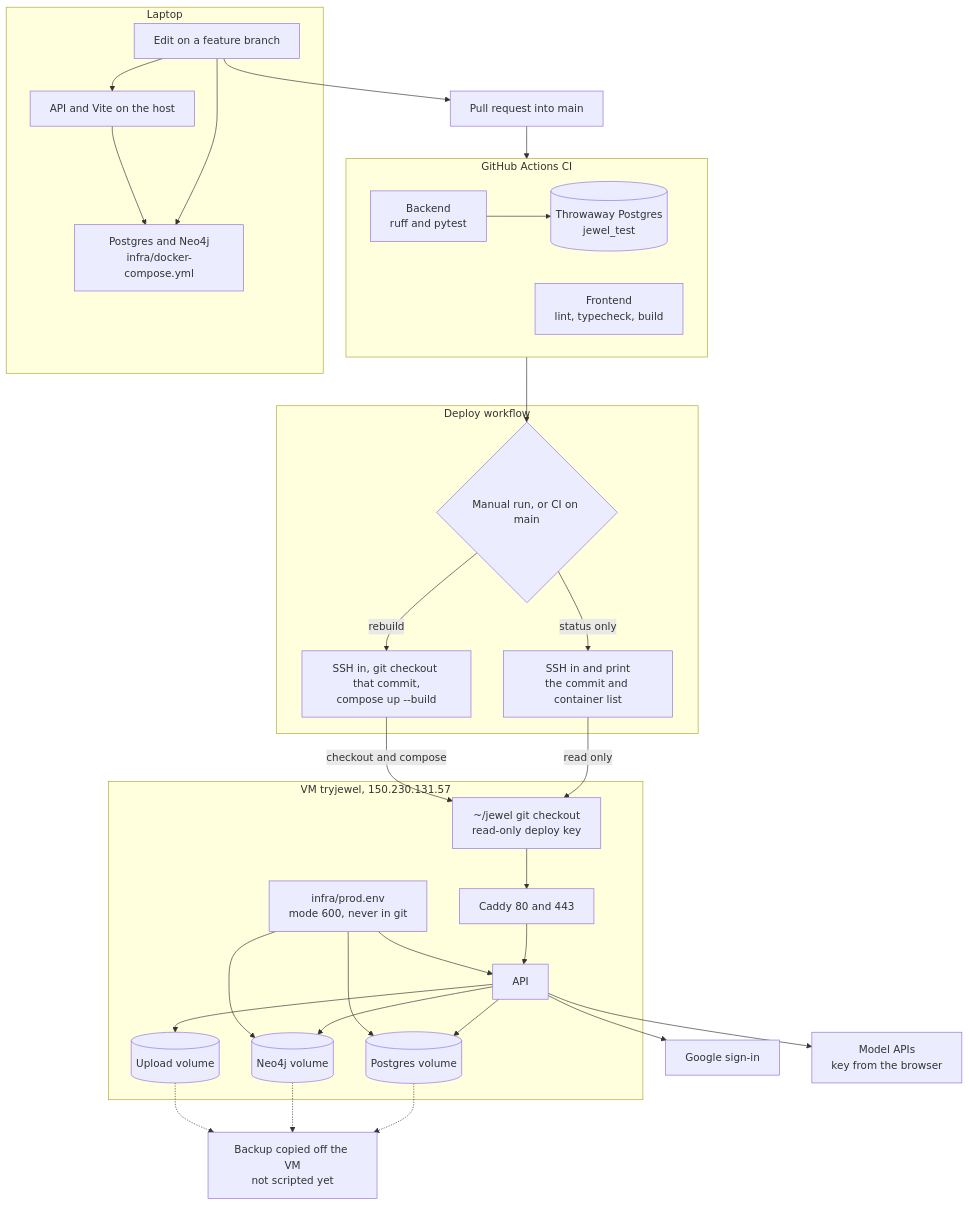
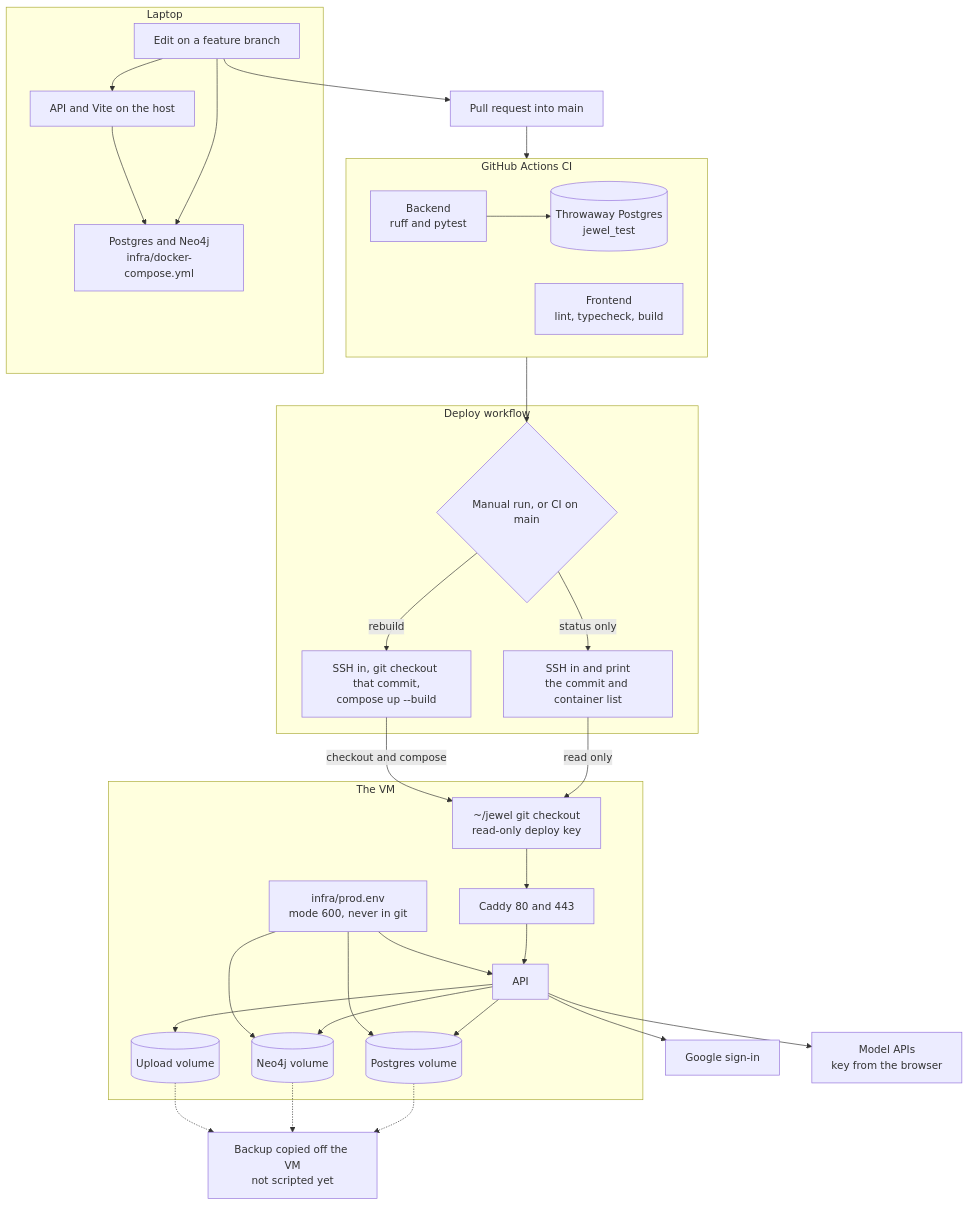
One commit to chikku1234568/jewel changed the diagram in docs/diagrams/07-dev-and-production.mmd. Above: the diagram before and after it, drawn with Mermaid. The commit also changed 11 other files, not shown here.

```diff
--- a/docs/diagrams/07-dev-and-production.mmd
+++ b/docs/diagrams/07-dev-and-production.mmd
@@ -1,63 +1,63 @@
 %% name: 07-dev-and-production
 %% keep: hand
 %% Laptop, CI, and the VM. A green push to main deploys when JEWEL_AUTO_DEPLOY is true.
 flowchart TB
     subgraph laptop [Laptop]
         edit[Edit on a feature branch]
         devdb[Postgres and Neo4j<br/>infra/docker-compose.yml]
         devapp[API and Vite on the host]
         edit --> devdb
         edit --> devapp
         devapp --> devdb
     end
 
     edit --> pr[Pull request into main]
     pr --> ci
 
     subgraph ci [GitHub Actions CI]
         backend[Backend<br/>ruff and pytest]
         frontend[Frontend<br/>lint, typecheck, build]
         testdb[(Throwaway Postgres<br/>jewel_test)]
         backend --> testdb
     end
 
     ci --> dry
 
     subgraph deployjob [Deploy workflow]
         dry{"Manual run, or CI on main"}
         look[SSH in and print<br/>the commit and container list]
         ship[SSH in, git checkout that commit,<br/>compose up --build]
         dry -->|status only| look
         dry -->|rebuild| ship
     end
 
-    subgraph vm ["VM tryjewel, 150.230.131.57"]
+    subgraph vm ["The VM"]
         gitdir["~/jewel git checkout<br/>read-only deploy key"]
         env["infra/prod.env<br/>mode 600, never in git"]
         caddy[Caddy 80 and 443]
         api[API]
         pg[(Postgres volume)]
         neo[(Neo4j volume)]
         uploads[(Upload volume)]
         gitdir --> caddy
         caddy --> api
         api --> pg
         api --> neo
         api --> uploads
         env --> api
         env --> pg
         env --> neo
     end
 
     look -->|read only| gitdir
     ship -->|checkout and compose| gitdir
 
     google[Google sign-in]
     models[Model APIs<br/>key from the browser]
     api --> google
     api --> models
 
     offsite[Backup copied off the VM<br/>not scripted yet]
     pg -.-> offsite
     neo -.-> offsite
     uploads -.-> offsite
```
